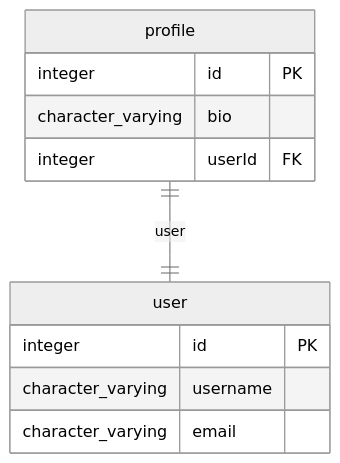
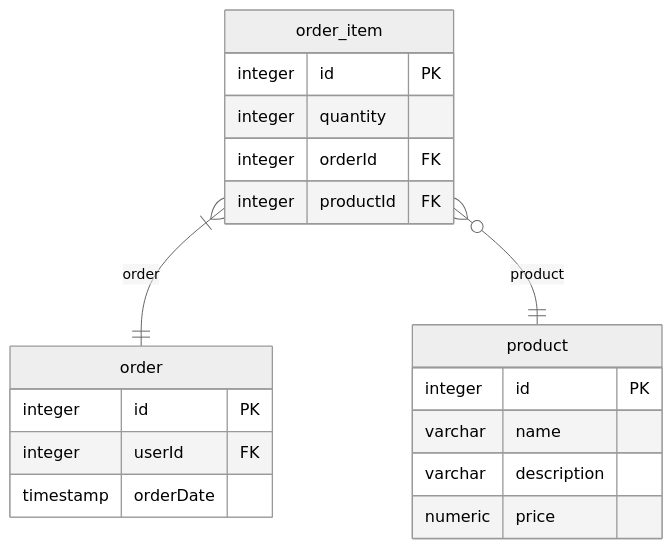
One commit to hermin9804/typeorm-markdown-generator changed the third of 3 diagrams in test/test-nestjs-app/docs/postgres-erd.md. Above: the diagram before and after it, drawn with Mermaid (neutral theme). The commit also changed other lines of this file and 5 other files, not shown here.

````diff
--- a/test/test-nestjs-app/docs/postgres-erd.md
+++ b/test/test-nestjs-app/docs/postgres-erd.md
@@ -209,14 +134,22 @@
 ```mermaid
 erDiagram
-  profile {
+  product {
     integer id PK
-    character_varying bio
+    varchar name
+    varchar description
+    numeric price
+  }
+  order_item {
+    integer id PK
+    integer quantity
+    integer orderId FK
+    integer productId FK
+  }
+  order {
+    integer id PK
     integer userId FK
+    timestamp orderDate
   }
-  user {
-    integer id PK
-    character_varying username
-    character_varying email
-  }
-  profile ||--|| user: user
+  order_item }|--|| order: order
+  order_item }o--|| product: product
 ```
````
